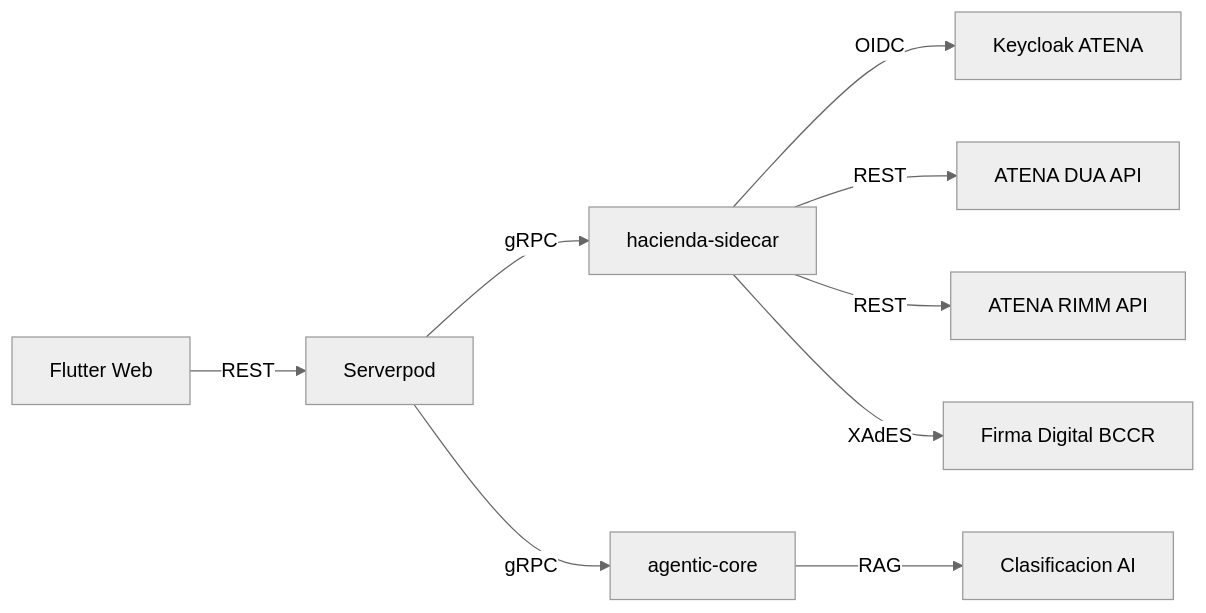
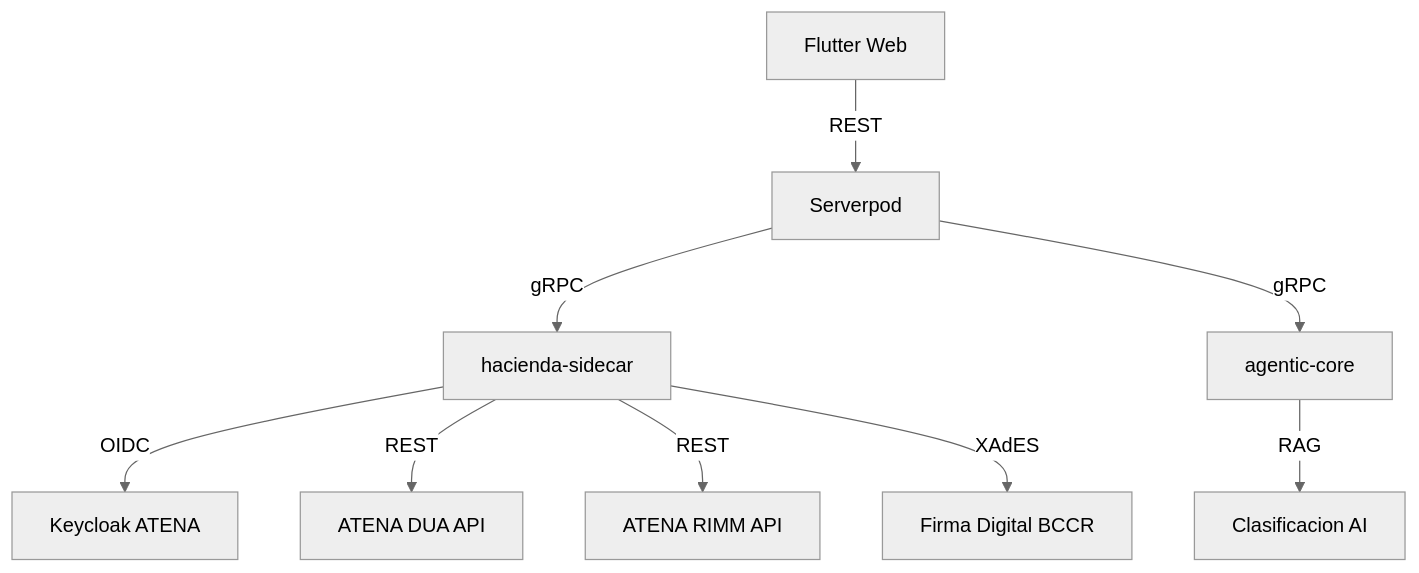
The diagram in docs/site/content/index.md (vertivolatam/aduanext), drawn with Mermaid (neutral theme) before and after one commit. The commit also changed 1 other file, not shown here.

Commit message:
fix(docs): make Mermaid flow diagrams vertical + fix contrast
Two fixes for unreadable Mermaid flow diagrams on the docs site:

1. Direction: graph LR -> graph TD on the landing-page architecture
   diagram and the SOP flow diagram. With 11 nodes LR was cramming text
   into tiny boxes. Vertical layout gives each node room to breathe.

2. Contrast: remove hardcoded inline styles from the SOP flow diagram
   (style X fill:#1a1a2e,stroke:...,color:#fff). Material for MkDocs
   honors the fill override but ignores the color override, producing
   illegible black text on dark navy. Defaulting to the theme-provided
   palette (as the legal hierarchy diagram does) fixes it.

Verified against the working diagram at
https://vertivolatam.github.io/aduanext/docs/legal/#jerarquia-de-fuentes-lga-art-4

````diff
--- a/docs/site/content/index.md
+++ b/docs/site/content/index.md
@@ -41,11 +41,11 @@
 ```mermaid
-graph LR
+graph TD
     A[Flutter Web] -->|REST| B[Serverpod]
     B -->|gRPC| C[hacienda-sidecar]
+    B -->|gRPC| H[agentic-core]
     C -->|OIDC| D[Keycloak ATENA]
     C -->|REST| E[ATENA DUA API]
     C -->|REST| F[ATENA RIMM API]
     C -->|XAdES| G[Firma Digital BCCR]
-    B -->|gRPC| H[agentic-core]
     H -->|RAG| I[Clasificacion AI]
 ```
````
